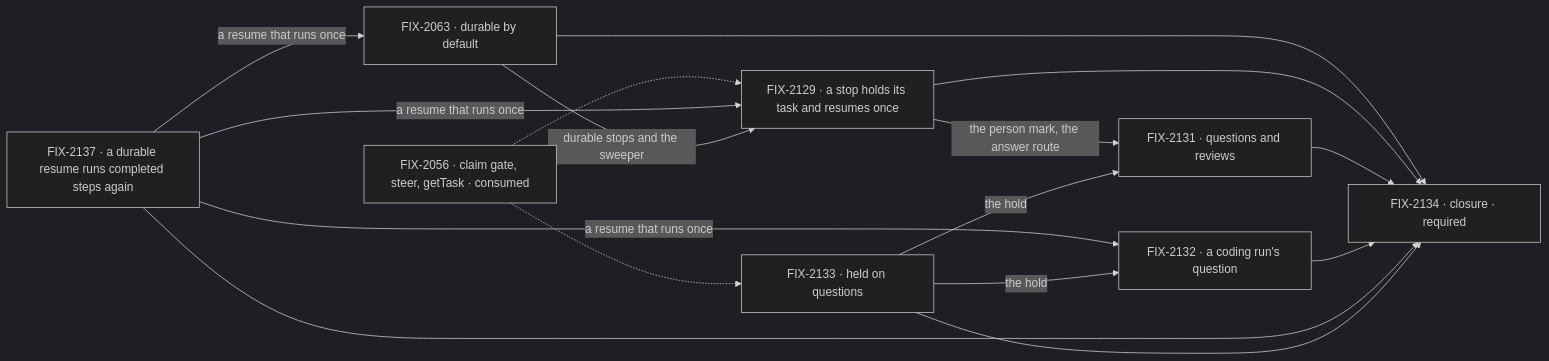
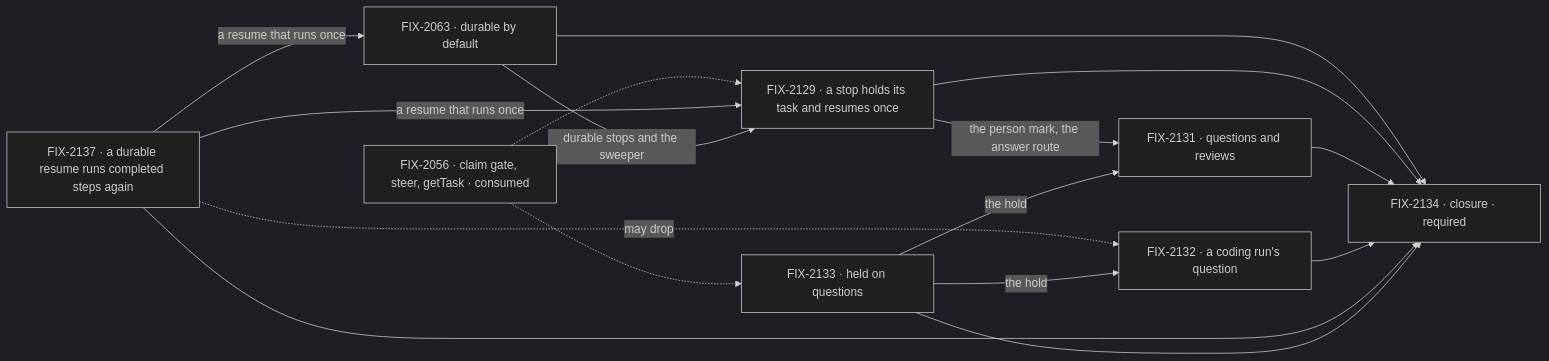
One commit to fixpoint-labs/flow-state-dev changed the second of 2 diagrams in specs/epics/FIX-2058/SPEC.md. Above: the diagram before and after it, drawn with Mermaid (dark theme). The commit also changed other lines of this file and 3 other files, not shown here.

````diff
--- a/specs/epics/FIX-2058/SPEC.md
+++ b/specs/epics/FIX-2058/SPEC.md
@@ -108,18 +108,18 @@
 ```mermaid
 flowchart LR
   I["FIX-2056 · claim gate, steer, getTask · consumed"] -.-> B
   K["FIX-2137 · a durable resume runs completed steps again"] -->|"a resume that runs once"| A
   K -->|"a resume that runs once"| B
-  K -->|"a resume that runs once"| E
+  K -.->|"may drop"| E
   A["FIX-2063 · durable by default"] -->|"durable stops and the sweeper"| B["FIX-2129 · a stop holds its task and resumes once"]
   B -->|"the person mark, the answer route"| D["FIX-2131 · questions and reviews"]
   I -.-> G["FIX-2133 · held on questions"]
   G -->|"the hold"| D
   G -->|"the hold"| E["FIX-2132 · a coding run's question"]
   A --> P["FIX-2134 · closure · required"]
   B --> P
   D --> P
   E --> P
   K --> P
   G --> P
 ```
````
